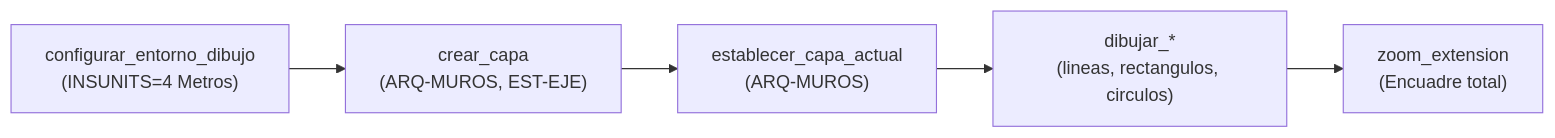
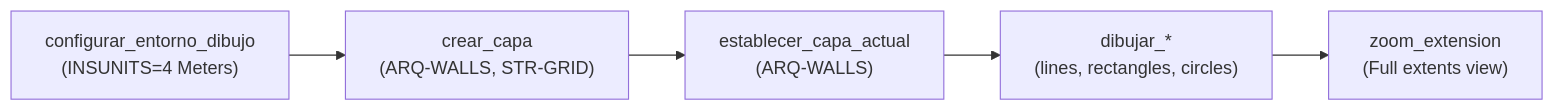
One commit to LuiccianDev/autocad-mcp changed the first of 4 diagrams in docs/TOOLS_CHEAT_SHEET.md. Above: the diagram before and after it, drawn with Mermaid. The commit also changed other lines of this file and 20 other files, not shown here.

````diff
--- a/docs/TOOLS_CHEAT_SHEET.md
+++ b/docs/TOOLS_CHEAT_SHEET.md
@@ -62,7 +62,7 @@
 ```mermaid
 flowchart LR
-    A["configurar_entorno_dibujo\n(INSUNITS=4 Metros)"] --> B["crear_capa\n(ARQ-MUROS, EST-EJE)"]
-    B --> C["establecer_capa_actual\n(ARQ-MUROS)"]
-    C --> D["dibujar_*\n(lineas, rectangulos, circulos)"]
-    D --> E["zoom_extension\n(Encuadre total)"]
+    A["configurar_entorno_dibujo\n(INSUNITS=4 Meters)"] --> B["crear_capa\n(ARQ-WALLS, STR-GRID)"]
+    B --> C["establecer_capa_actual\n(ARQ-WALLS)"]
+    C --> D["dibujar_*\n(lines, rectangles, circles)"]
+    D --> E["zoom_extension\n(Full extents view)"]
 ```
````
